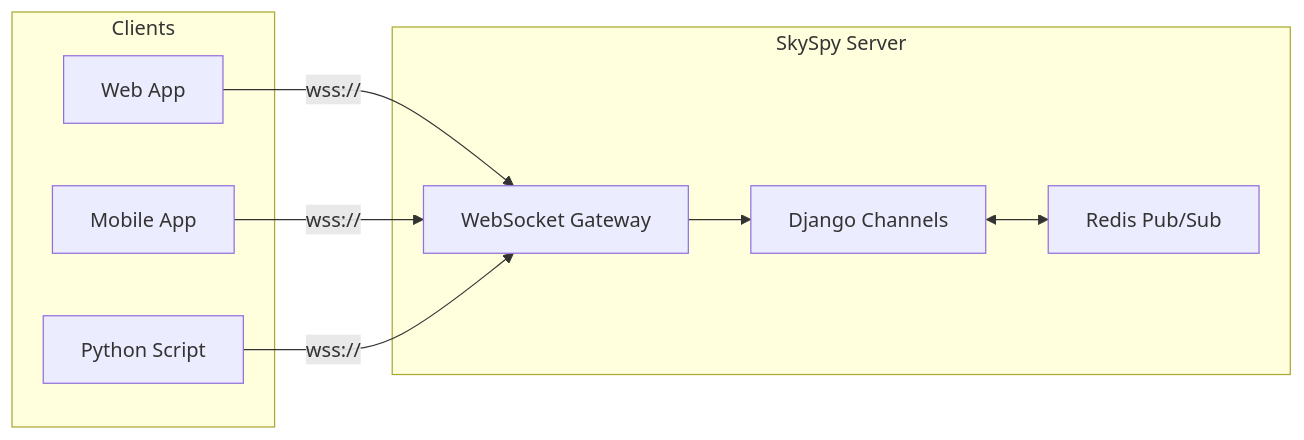
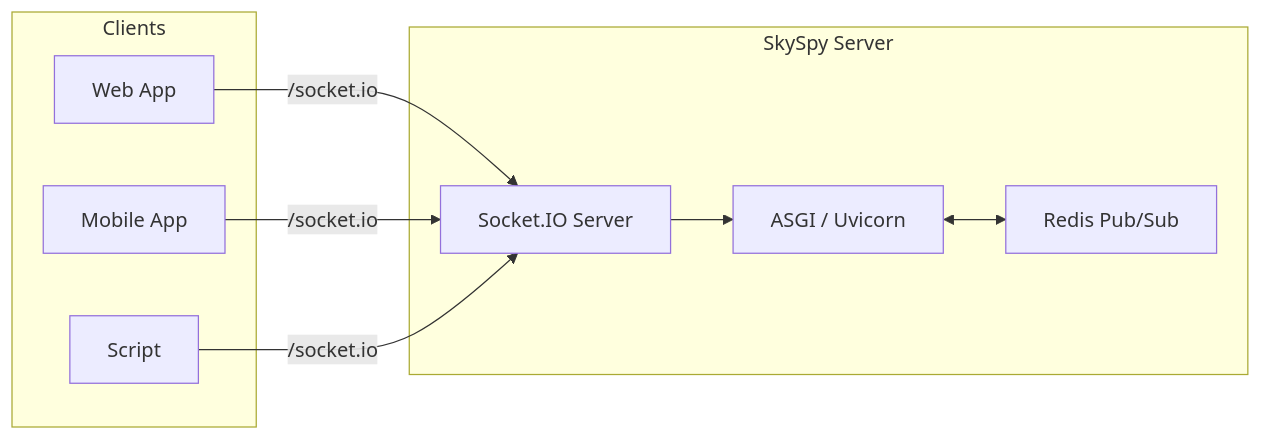
The first of 2 diagrams in docs/06-websocket-api.md (CHA0S-CORP/SkySpy), drawn with Mermaid before and after one commit. The commit also changed other lines of this file and 133 other files, not shown here.

````diff
--- a/docs/06-websocket-api.md
+++ b/docs/06-websocket-api.md
@@ -21,20 +21,20 @@
 ```mermaid
 graph LR
     subgraph Clients
         A[Web App]
         B[Mobile App]
-        C[Python Script]
+        C[Script]
     end
 
     subgraph SkySpy Server
-        D[WebSocket Gateway]
-        E[Django Channels]
+        D[Socket.IO Server]
+        E[ASGI / Uvicorn]
         F[Redis Pub/Sub]
     end
 
-    A -->|wss://| D
-    B -->|wss://| D
-    C -->|wss://| D
+    A -->|/socket.io| D
+    B -->|/socket.io| D
+    C -->|/socket.io| D
     D --> E
     E <--> F
 ```
````
